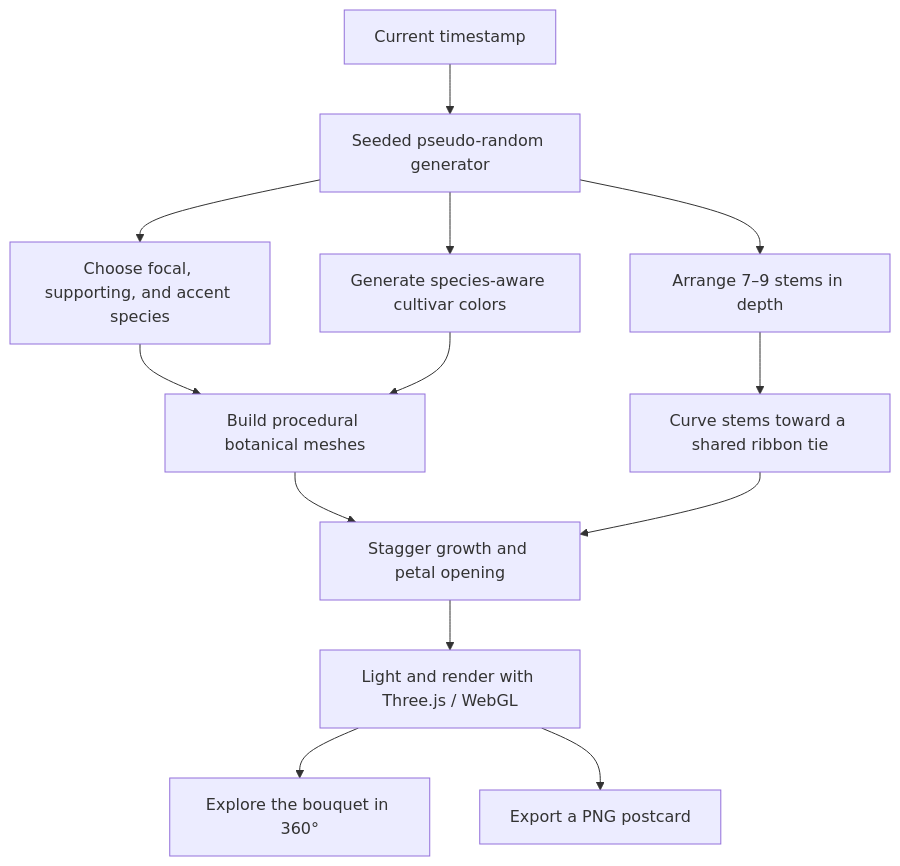
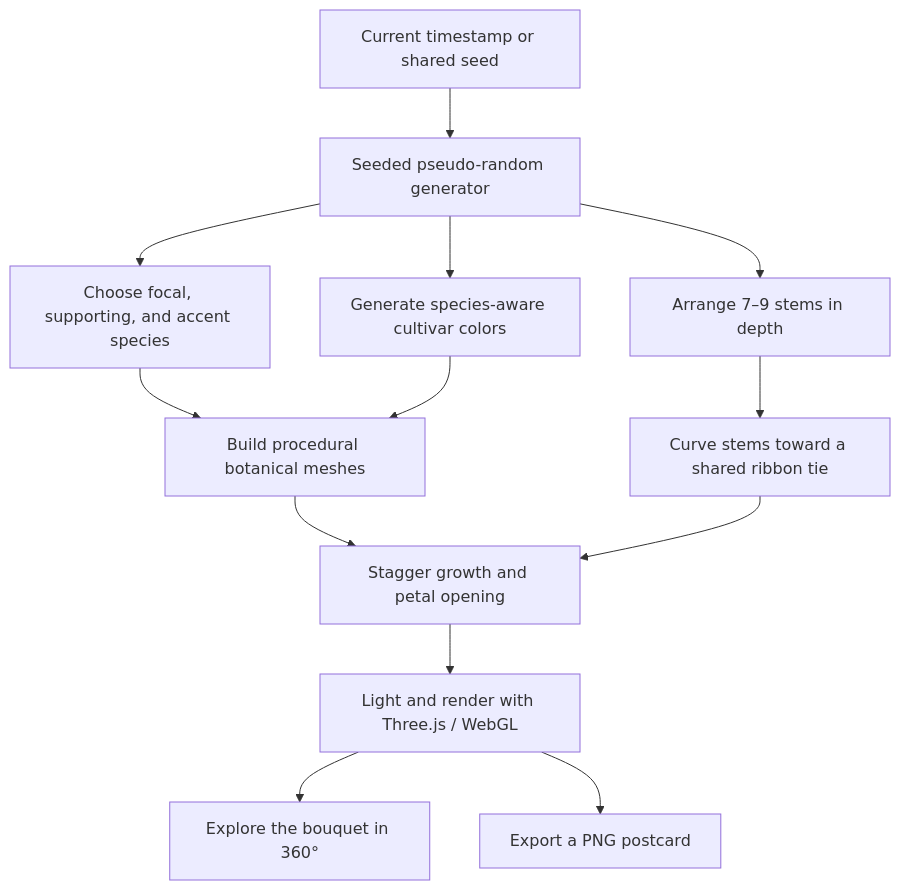
The diagram in README.md (mesterM12/moment-garden), drawn with Mermaid before and after one commit. The commit also changed other lines of this file and 8 other files, not shown here.

Commit message:
Share timestamp-seeded bouquets by link

````diff
--- a/README.md
+++ b/README.md
@@ -94,15 +99,15 @@
 ```mermaid
 flowchart TD
-    A[Current timestamp] --> B[Seeded pseudo-random generator]
+    A[Current timestamp or shared seed] --> B[Seeded pseudo-random generator]
     B --> C[Choose focal, supporting, and accent species]
     B --> D[Generate species-aware cultivar colors]
     B --> E[Arrange 7–9 stems in depth]
     C --> F[Build procedural botanical meshes]
     D --> F
     E --> G[Curve stems toward a shared ribbon tie]
     F --> H[Stagger growth and petal opening]
     G --> H
     H --> I[Light and render with Three.js / WebGL]
     I --> J[Explore the bouquet in 360°]
     I --> K[Export a PNG postcard]
 ```
````
